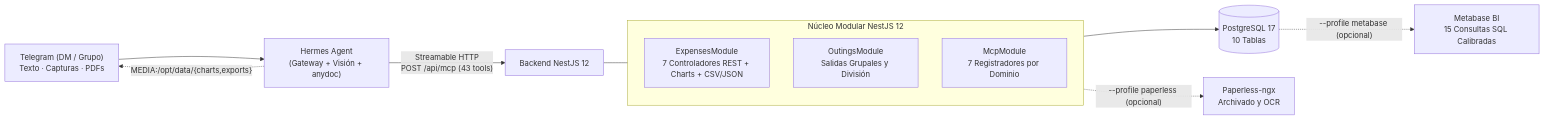
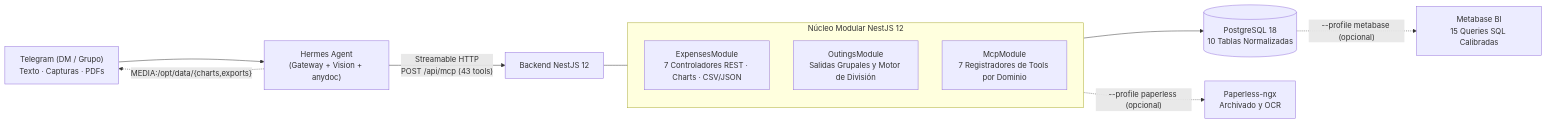
One commit to LucasMirandaD/hermes-finance-stack changed the first of 2 diagrams in README.es.md. Above: the diagram before and after it, drawn with Mermaid. The commit also changed other lines of this file and 9 other files, not shown here.

Commit message:
chore(db): upgrade PostgreSQL to 18-alpine and expand READMEs with real PNG charts & ER schema

````diff
--- a/README.es.md
+++ b/README.es.md
@@ -49,19 +135,19 @@
 ```mermaid
 flowchart LR
-    TG["Telegram (DM / Grupo)<br/>Texto · Capturas · PDFs"] --> HERMES["Hermes Agent<br/>(Gateway + Visión + anydoc)"]
+    TG["Telegram (DM / Grupo)<br/>Texto · Capturas · PDFs"] --> HERMES["Hermes Agent<br/>(Gateway + Vision + anydoc)"]
     HERMES -->|"Streamable HTTP<br/>POST /api/mcp (43 tools)"| API["Backend NestJS 12"]
     HERMES -.->|"MEDIA:/opt/data/{charts,exports}"| TG
 
     subgraph API_MODS["Núcleo Modular NestJS 12"]
         direction TB
-        M1["ExpensesModule<br/>7 Controladores REST + Charts + CSV/JSON"]
-        M2["OutingsModule<br/>Salidas Grupales y División"]
-        M3["McpModule<br/>7 Registradores por Dominio"]
+        M1["ExpensesModule<br/>7 Controladores REST · Charts · CSV/JSON"]
+        M2["OutingsModule<br/>Salidas Grupales y Motor de División"]
+        M3["McpModule<br/>7 Registradores de Tools por Dominio"]
     end
 
     API --- API_MODS
-    API_MODS --> PG[("PostgreSQL 17<br/>10 Tablas")]
+    API_MODS --> PG[("PostgreSQL 18<br/>10 Tablas Normalizadas")]
 
     API_MODS -.->|"--profile paperless (opcional)"| PL["Paperless-ngx<br/>Archivado y OCR"]
-    PG -.->|"--profile metabase (opcional)"| MB["Metabase BI<br/>15 Consultas SQL Calibradas"]
+    PG -.->|"--profile metabase (opcional)"| MB["Metabase BI<br/>15 Queries SQL Calibradas"]
 ```
````
